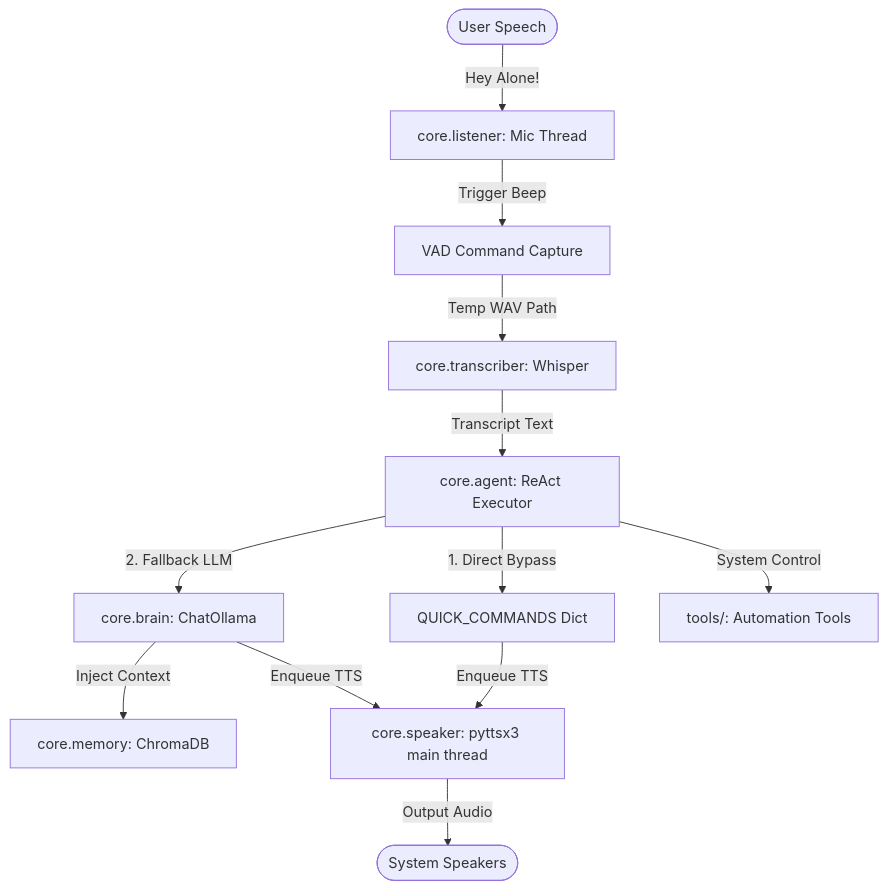
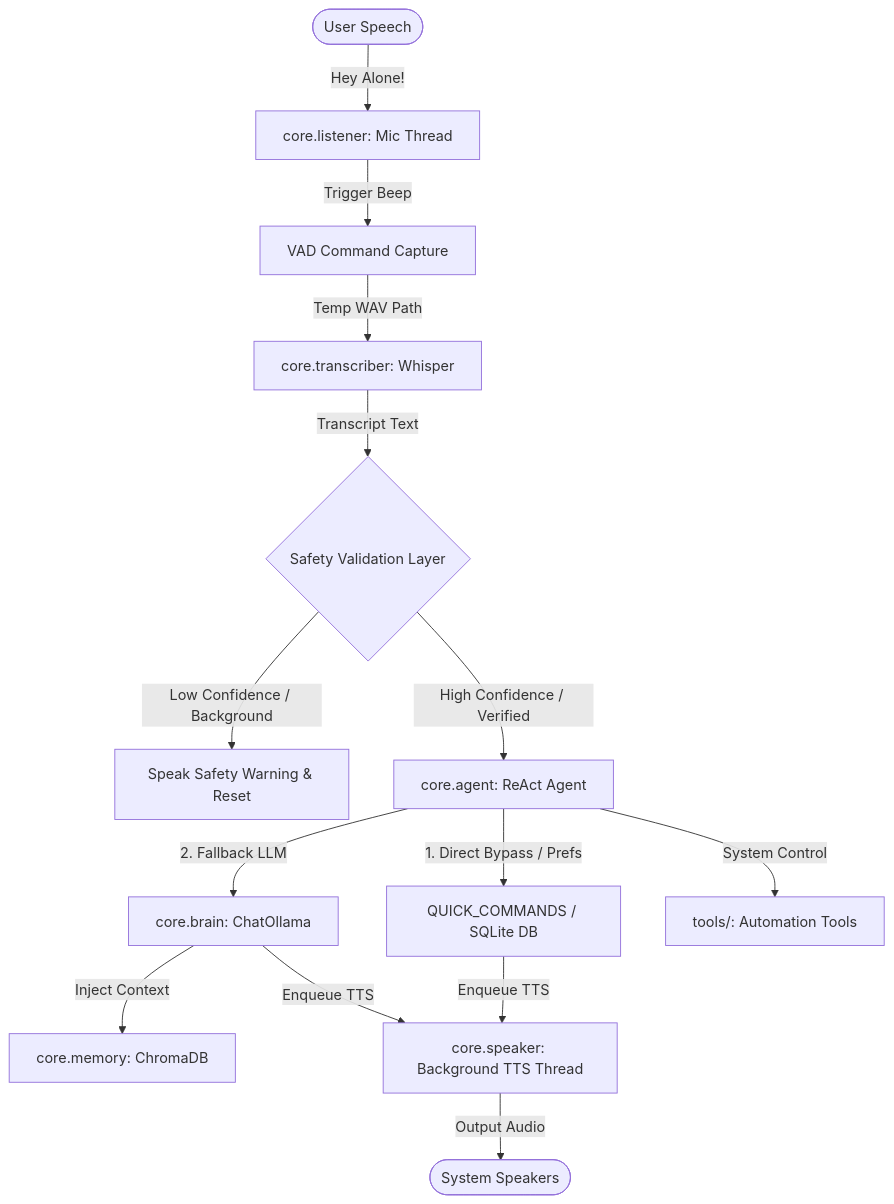
The diagram in README.md (CodeItAlone/A.L.O.N.E.), drawn with Mermaid before and after one commit. The commit also changed other lines of this file and 3 other files, not shown here.

````diff
--- a/README.md
+++ b/README.md
@@ -39,17 +41,20 @@
 ```mermaid
 graph TD
     User([User Speech]) -->|Hey Alone!| Listener[core.listener: Mic Thread]
     Listener -->|Trigger Beep| VAD[VAD Command Capture]
     VAD -->|Temp WAV Path| Transcriber[core.transcriber: Whisper]
-    Transcriber -->|Transcript Text| Agent[core.agent: ReAct Executor]
+    Transcriber -->|Transcript Text| SafetyCheck{Safety Validation Layer}
     
-    Agent -->|1. Direct Bypass| QuickCmds[QUICK_COMMANDS Dict]
+    SafetyCheck -->|Low Confidence / Background| Warn[Speak Safety Warning & Reset]
+    SafetyCheck -->|High Confidence / Verified| Agent[core.agent: ReAct Agent]
+    
+    Agent -->|1. Direct Bypass / Prefs| QuickCmds[QUICK_COMMANDS / SQLite DB]
     Agent -->|2. Fallback LLM| Ollama[core.brain: ChatOllama]
     
     Ollama -->|Inject Context| VectorDB[core.memory: ChromaDB]
     Agent -->|System Control| Tools[tools/: Automation Tools]
     
-    QuickCmds -->|Enqueue TTS| Speaker[core.speaker: pyttsx3 main thread]
+    QuickCmds -->|Enqueue TTS| Speaker[core.speaker: Background TTS Thread]
     Ollama -->|Enqueue TTS| Speaker
     Speaker -->|Output Audio| UsersAudio([System Speakers])
 ```
````
